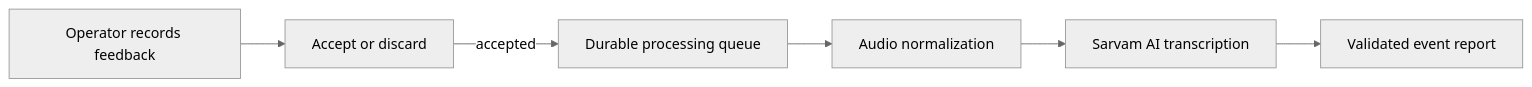
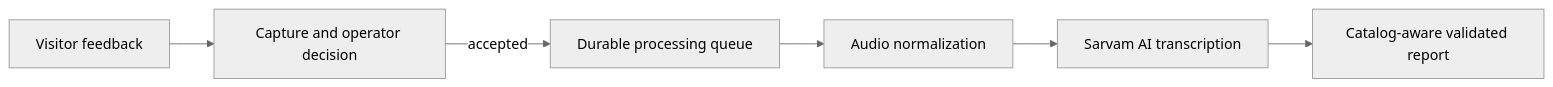
Before and after one commit to vishal24p/event-lens: the diagram in README.md, drawn with Mermaid (neutral theme). The commit also changed other lines of this file, not shown here.

Commit message:
docs: describe full Event Lens system

````diff
--- a/README.md
+++ b/README.md
@@ -22,8 +32,8 @@
 ```mermaid
 flowchart LR
-    A["Operator records feedback"] --> B["Accept or discard"]
+    A["Visitor feedback"] --> B["Capture and operator decision"]
     B -->|"accepted"| C["Durable processing queue"]
     C --> D["Audio normalization"]
     D --> E["Sarvam AI transcription"]
-    E --> F["Validated event report"]
+    E --> F["Catalog-aware validated report"]
 ```
````
